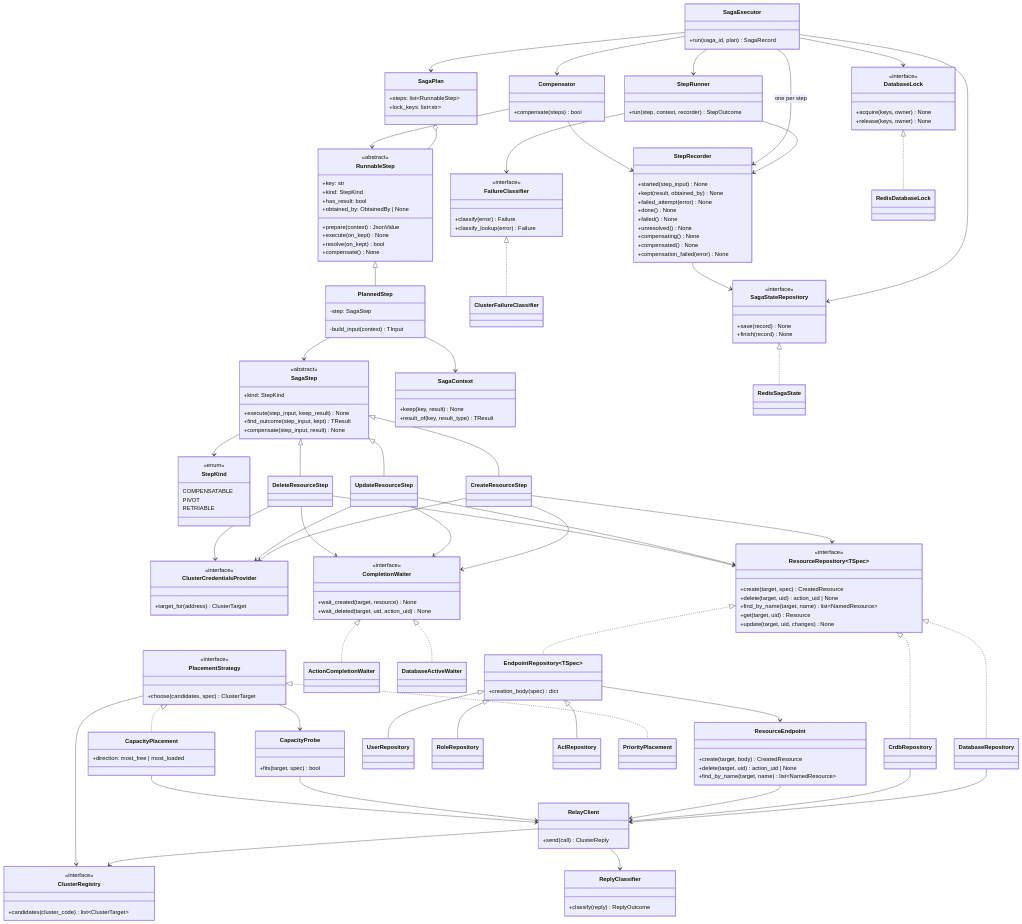
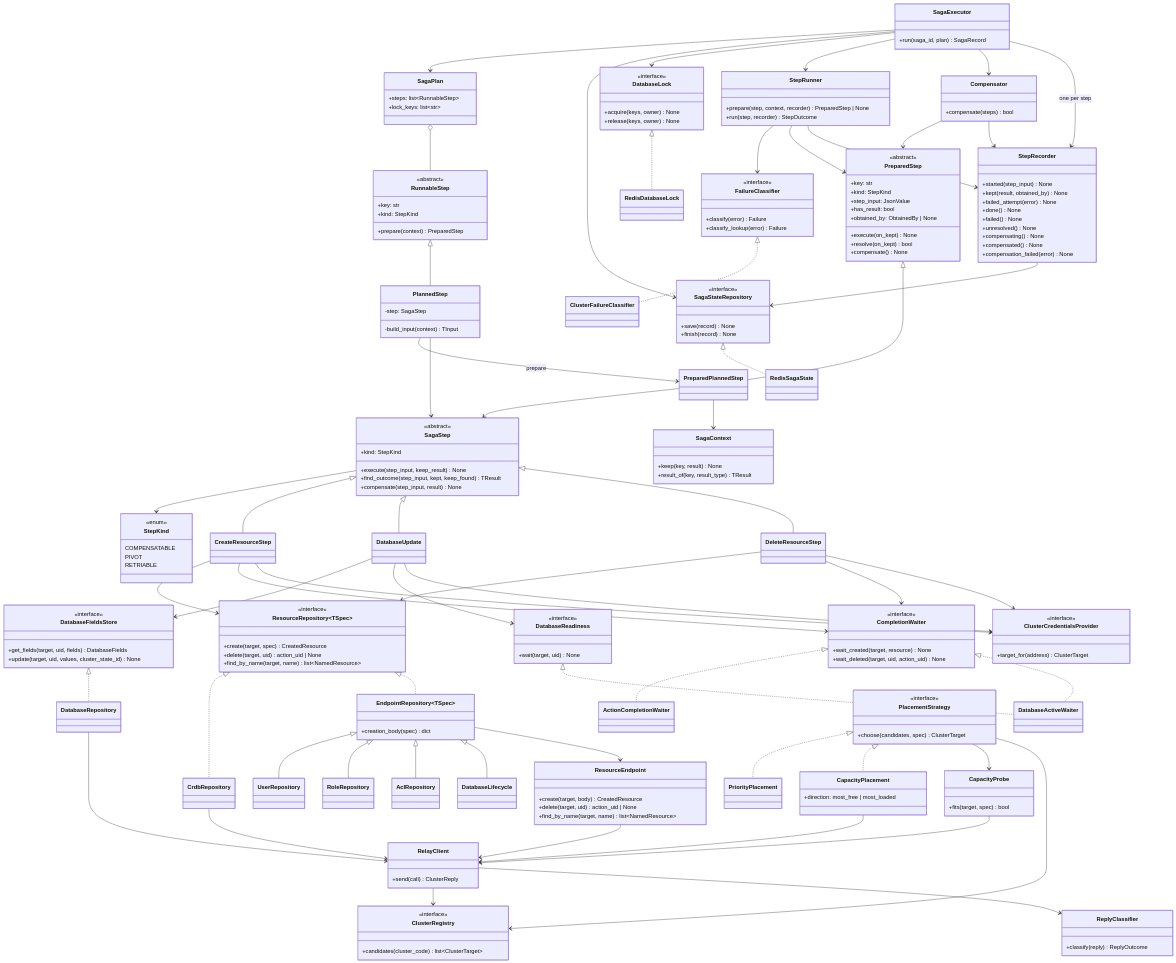
The second of 2 diagrams in docs/design/saga.md (EliShteinman/redis-enterprise-services), drawn with Mermaid before and after one commit. The commit also changed other lines of this file and 2 other files, not shown here.

Commit message:
docs: rejected read is an unknown outcome, the wait bound has one check per attempt, Redis lock and state from stage 1, compensation deletes by the kept uid, and the class diagram matches the code

```diff
--- a/docs/design/saga.md
+++ b/docs/design/saga.md
@@ -671,7 +670,7 @@
         <<abstract>>
         +kind: StepKind
         +execute(step_input, keep_result) None
-        +find_outcome(step_input, kept) TResult
+        +find_outcome(step_input, kept, keep_found) TResult
         +compensate(step_input, result) None
     }
     class StepKind {
@@ -688,17 +687,24 @@
         <<abstract>>
         +key: str
         +kind: StepKind
-        +has_result: bool
-        +obtained_by: ObtainedBy | None
-        +prepare(context) JsonValue
-        +execute(on_kept) None
-        +resolve(on_kept) bool
-        +compensate() None
+        +prepare(context) PreparedStep
     }
     class PlannedStep {
         -step: SagaStep
         -build_input(context) TInput
     }
+    class PreparedStep {
+        <<abstract>>
+        +key: str
+        +kind: StepKind
+        +step_input: JsonValue
+        +has_result: bool
+        +obtained_by: ObtainedBy | None
+        +execute(on_kept) None
+        +resolve(on_kept) bool
+        +compensate() None
+    }
+    class PreparedPlannedStep
     class StepRecorder {
         +started(step_input) None
         +kept(result, obtained_by) None
@@ -722,7 +728,8 @@
         +run(saga_id, plan) SagaRecord
     }
     class StepRunner {
-        +run(step, context, recorder) StepOutcome
+        +prepare(step, context, recorder) PreparedStep | None
+        +run(step, recorder) StepOutcome
     }
     class Compensator {
         +compensate(steps) bool
@@ -747,16 +754,24 @@
     class RedisDatabaseLock
 
     class CreateResourceStep
-    class UpdateResourceStep
+    class DatabaseUpdate
     class DeleteResourceStep
+    class DatabaseFieldsStore {
+        <<interface>>
+        +get_fields(target, uid, fields) DatabaseFields
+        +update(target, uid, values, cluster_state_id) None
+    }
+    class DatabaseReadiness {
+        <<interface>>
+        +wait(target, uid) None
+    }
+    class DatabaseLifecycle
 
     class ResourceRepository~TSpec~ {
         <<interface>>
         +create(target, spec) CreatedResource
         +delete(target, uid) action_uid | None
         +find_by_name(target, name) list~NamedResource~
-        +get(target, uid) Resource
-        +update(target, uid, changes) None
     }
     class ResourceEndpoint {
         +create(target, body) CreatedResource
@@ -812,37 +827,43 @@
     DatabaseLock <|.. RedisDatabaseLock
     SagaPlan o-- RunnableStep
     RunnableStep <|-- PlannedStep
+    PreparedStep <|-- PreparedPlannedStep
+    PlannedStep --> PreparedPlannedStep : prepare
+    StepRunner --> PreparedStep
     StepRunner --> StepRecorder
     SagaExecutor --> StepRecorder : one per step
     StepRecorder --> SagaStateRepository
-    Compensator --> RunnableStep
+    Compensator --> PreparedStep
     Compensator --> StepRecorder
     PlannedStep --> SagaStep
-    PlannedStep --> SagaContext
+    PreparedPlannedStep --> SagaStep
+    PreparedPlannedStep --> SagaContext
     SagaStep --> StepKind
     SagaStep <|-- CreateResourceStep
-    SagaStep <|-- UpdateResourceStep
+    SagaStep <|-- DatabaseUpdate
     SagaStep <|-- DeleteResourceStep
     CreateResourceStep --> ResourceRepository
-    UpdateResourceStep --> ResourceRepository
+    DatabaseUpdate --> DatabaseFieldsStore
+    DatabaseUpdate --> DatabaseReadiness
+    DatabaseFieldsStore <|.. DatabaseRepository
+    DatabaseReadiness <|.. DatabaseActiveWaiter
     DeleteResourceStep --> ResourceRepository
     CreateResourceStep --> CompletionWaiter
-    UpdateResourceStep --> CompletionWaiter
     DeleteResourceStep --> CompletionWaiter
     CompletionWaiter <|.. ActionCompletionWaiter
     CompletionWaiter <|.. DatabaseActiveWaiter
-    ResourceRepository <|.. DatabaseRepository
     ResourceRepository <|.. CrdbRepository
     ResourceRepository <|.. EndpointRepository
     EndpointRepository <|-- UserRepository
     EndpointRepository <|-- RoleRepository
     EndpointRepository <|-- AclRepository
+    EndpointRepository <|-- DatabaseLifecycle
     DatabaseRepository --> RelayClient
     CrdbRepository --> RelayClient
     EndpointRepository --> ResourceEndpoint
     ResourceEndpoint --> RelayClient
     CreateResourceStep --> ClusterCredentialsProvider
-    UpdateResourceStep --> ClusterCredentialsProvider
+    DatabaseUpdate --> ClusterCredentialsProvider
     DeleteResourceStep --> ClusterCredentialsProvider
     RelayClient --> ClusterRegistry
     PlacementStrategy <|.. PriorityPlacement
```
